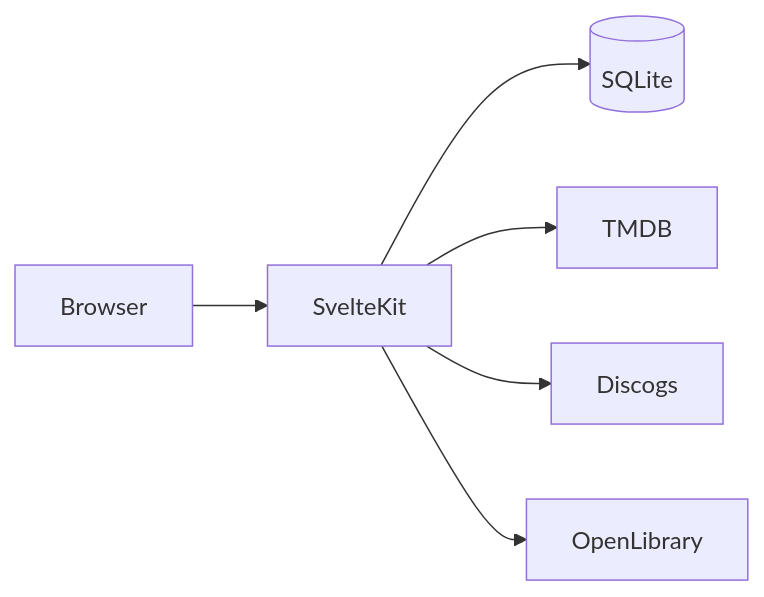
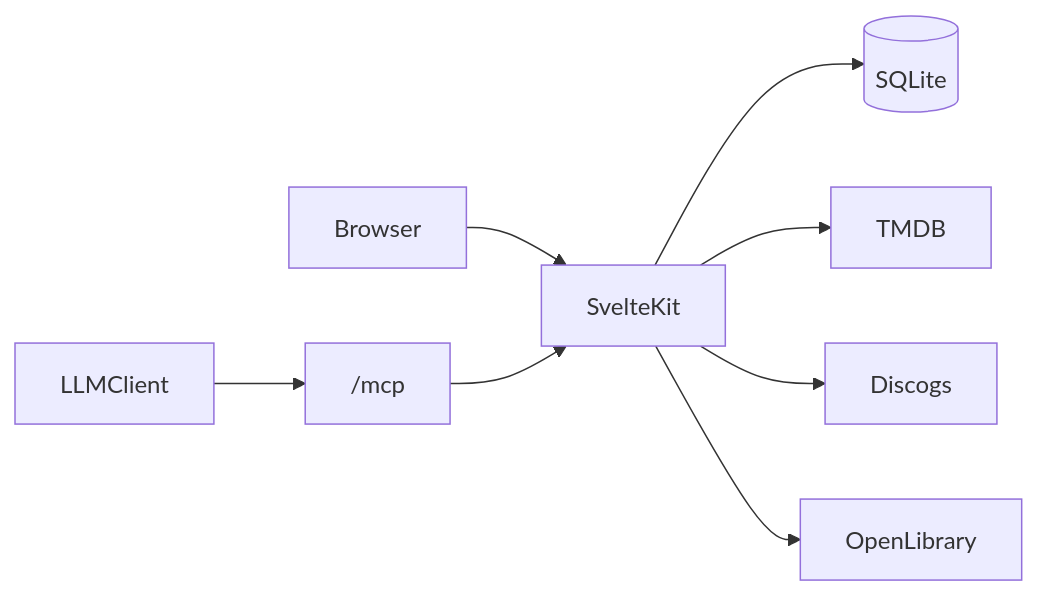
One commit to gssimao/media-club changed the diagram in docs/architecture.md. Above: the diagram before and after it, drawn with Mermaid. The commit also changed other lines of this file and 4 other files, not shown here.

````diff
--- a/docs/architecture.md
+++ b/docs/architecture.md
@@ -12,8 +13,10 @@
 ```mermaid
 flowchart LR
   Browser --> SvelteKit
+  LLMClient --> MCP["/mcp"]
+  MCP --> SvelteKit
   SvelteKit --> D1orSQLite[(SQLite)]
   SvelteKit --> TMDB
   SvelteKit --> Discogs
   SvelteKit --> OpenLibrary
 ```
````
